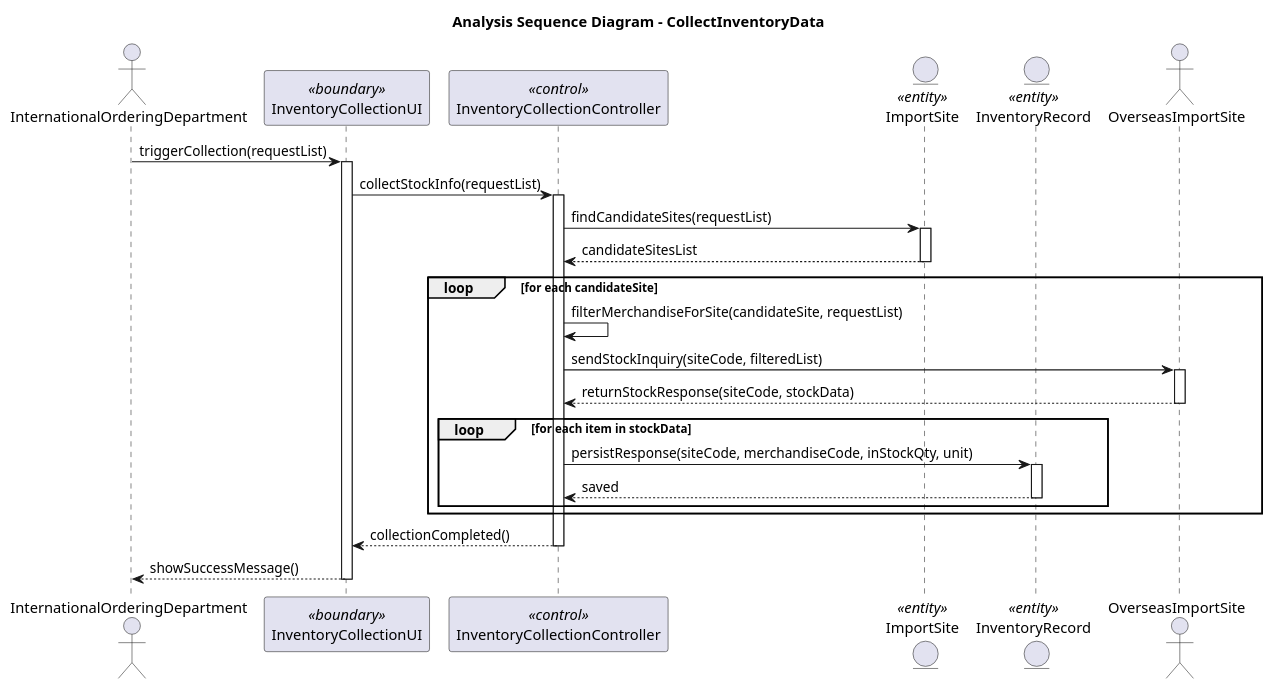
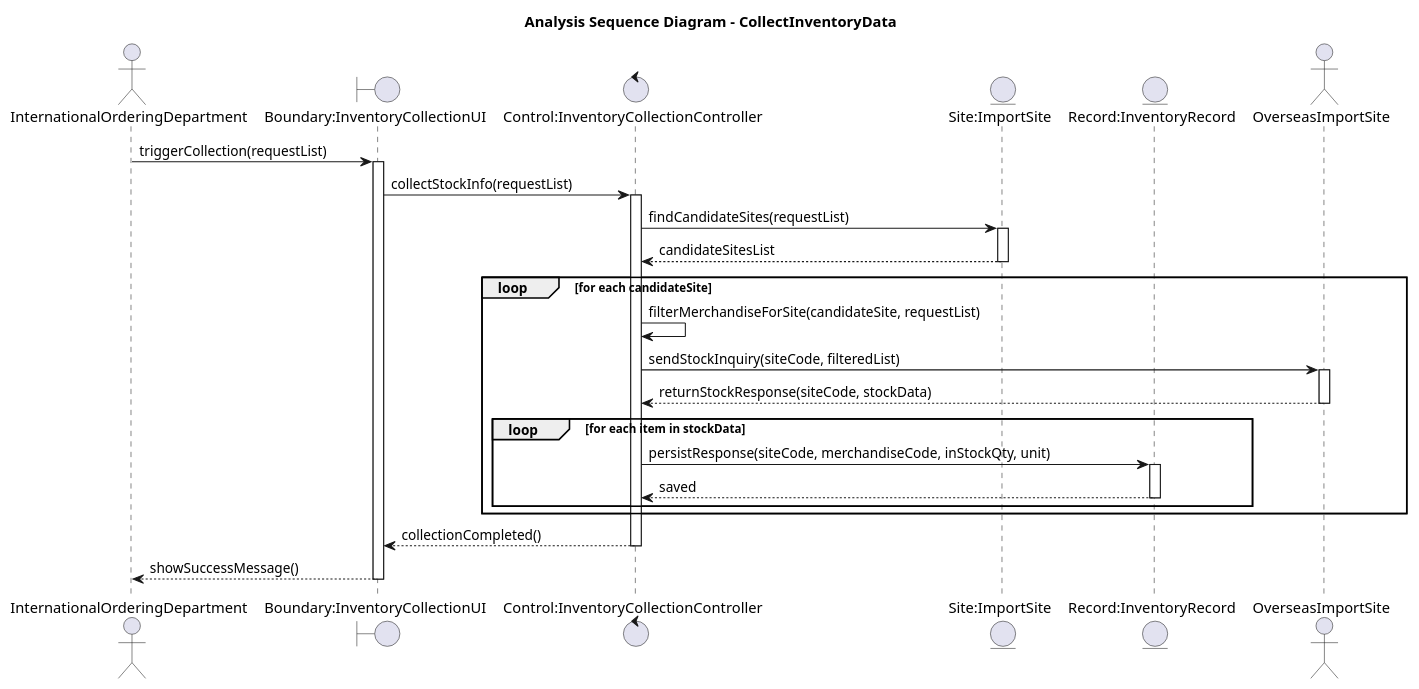
Before and after one commit to nqd2/2025.2-166155-15: the diagram in docs/details/UC003_CollectInventoryData/sequence_analysis_collect_inventory_data.puml, drawn with PlantUML. The commit also changed 176 other files, not shown here.

```diff
--- a/docs/details/UC003_CollectInventoryData/sequence_analysis_collect_inventory_data.puml
+++ b/docs/details/UC003_CollectInventoryData/sequence_analysis_collect_inventory_data.puml
@@ -1,40 +1,40 @@
 @startuml sequence_analysis_collect_inventory_data
 title Analysis Sequence Diagram - CollectInventoryData
 
 actor InternationalOrderingDepartment as Actor
-participant "InventoryCollectionUI" as Boundary <<boundary>>
-participant "InventoryCollectionController" as Control <<control>>
-entity "ImportSite" as Site <<entity>>
-entity "InventoryRecord" as Record <<entity>>
+boundary "Boundary:InventoryCollectionUI" as Boundary
+control "Control:InventoryCollectionController" as Control
+entity "Site:ImportSite" as Site
+entity "Record:InventoryRecord" as Record
 actor OverseasImportSite as SiteActor
 
 Actor -> Boundary : triggerCollection(requestList)
 activate Boundary
 Boundary -> Control : collectStockInfo(requestList)
 activate Control
 
 Control -> Site : findCandidateSites(requestList)
 activate Site
 Site --> Control : candidateSitesList
 deactivate Site
 
 loop for each candidateSite
   Control -> Control : filterMerchandiseForSite(candidateSite, requestList)
   Control -> SiteActor : sendStockInquiry(siteCode, filteredList)
   activate SiteActor
   SiteActor --> Control : returnStockResponse(siteCode, stockData)
   deactivate SiteActor
   
   loop for each item in stockData
     Control -> Record : persistResponse(siteCode, merchandiseCode, inStockQty, unit)
     activate Record
     Record --> Control : saved
     deactivate Record
   end
 end
 
 Control --> Boundary : collectionCompleted()
 deactivate Control
 Boundary --> Actor : showSuccessMessage()
 deactivate Boundary
 @enduml
```
